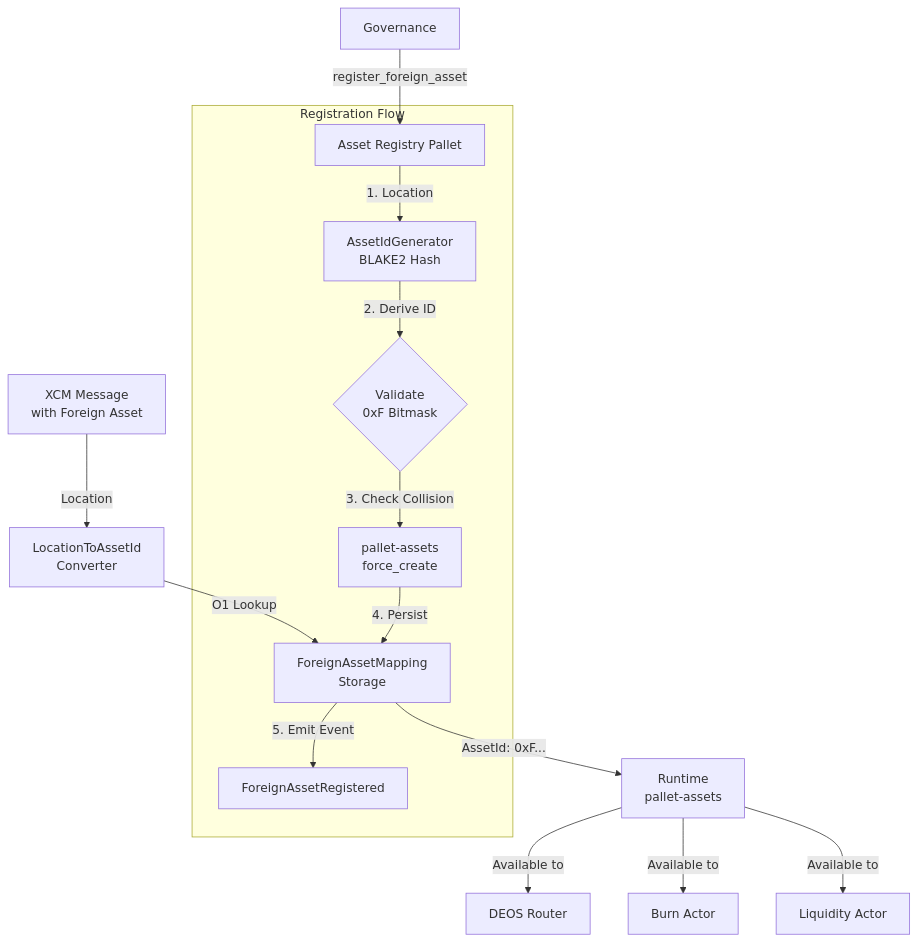
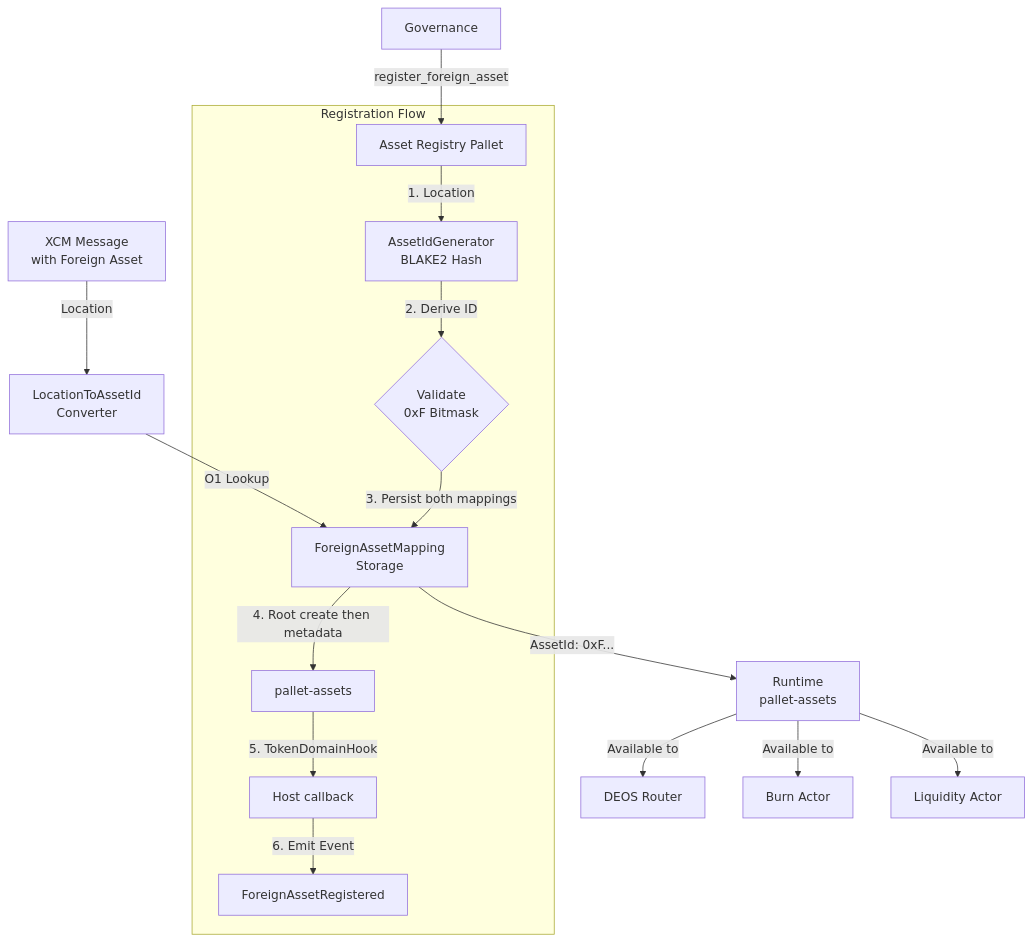
One commit to atmo-network/deos changed the diagram in template/pallets/asset-registry/docs/architecture.en.md. Above: the diagram before and after it, drawn with Mermaid. The commit also changed other lines of this file and 1133 other files, not shown here.

````diff
--- a/template/pallets/asset-registry/docs/architecture.en.md
+++ b/template/pallets/asset-registry/docs/architecture.en.md
@@ -43,21 +39,22 @@
 ```mermaid
 graph TD
     XCM[XCM Message<br/>with Foreign Asset] -->|Location| Converter[LocationToAssetId<br/>Converter]
 
     Converter -->|O1 Lookup| Storage[ForeignAssetMapping<br/>Storage]
     Storage -->|AssetId: 0xF...| Runtime[Runtime<br/>pallet-assets]
 
     Gov[Governance] -->|register_foreign_asset| Registry[Asset Registry Pallet]
 
     subgraph "Registration Flow"
         Registry -->|1. Location| Generator[AssetIdGenerator<br/>BLAKE2 Hash]
         Generator -->|2. Derive ID| Validator{Validate<br/>0xF Bitmask}
-        Validator -->|3. Check Collision| PAssets[pallet-assets<br/>force_create]
-        PAssets -->|4. Persist| Storage
-        Storage -->|5. Emit Event| Event[ForeignAssetRegistered]
+        Validator -->|3. Persist both mappings| Storage
+        Storage -->|4. Root create then metadata| PAssets[pallet-assets]
+        PAssets -->|5. TokenDomainHook| Hook[Host callback]
+        Hook -->|6. Emit Event| Event[ForeignAssetRegistered]
     end
 
     Runtime -->|Available to| Router[DEOS Router]
     Runtime -->|Available to| BurnActor[Burn Actor]
     Runtime -->|Available to| LiquidityActor[Liquidity Actor]
 ```
````
